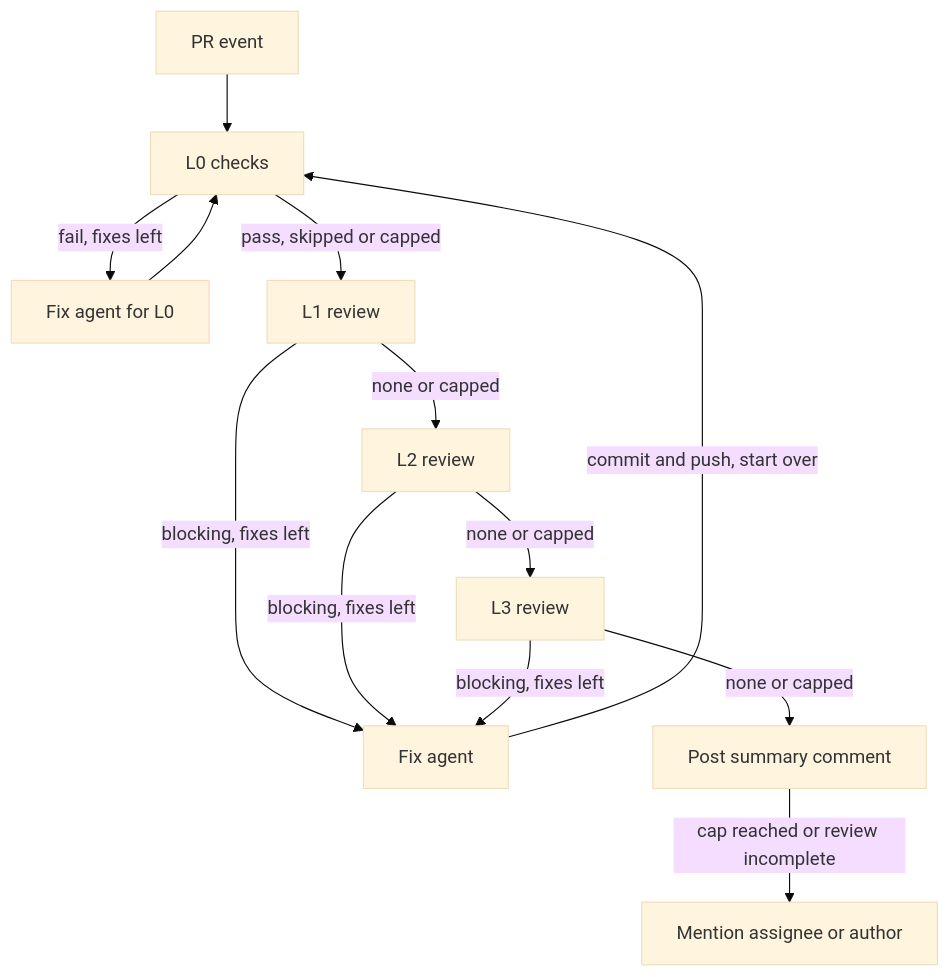
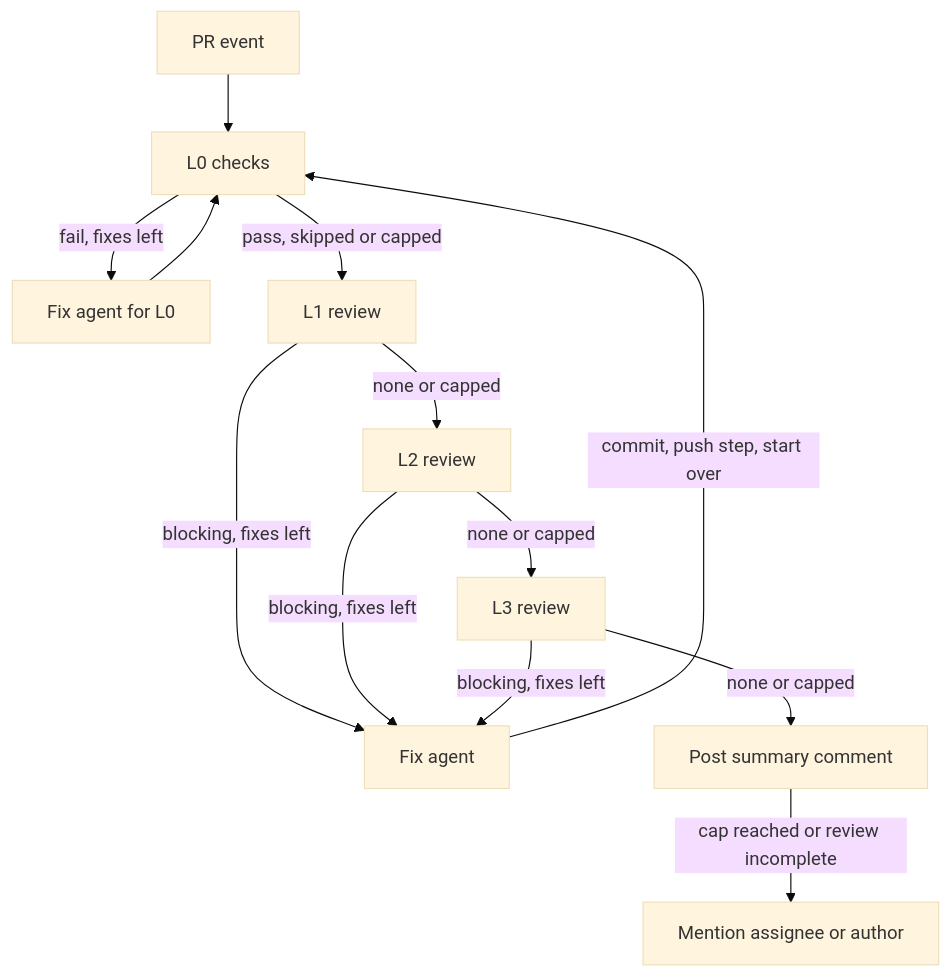
Before and after one commit to oneable-dev/.github: the diagram in README.md, drawn with Mermaid (base theme). The commit also changed other lines of this file and 16 other files, not shown here.

First line of the commit message:
Push fixes through a push-only Claude App step and add per-role tool hooks

````diff
--- a/README.md
+++ b/README.md
@@ -40,15 +43,15 @@
 ```mermaid
 flowchart TD
     A[PR event] --> L0[L0 checks]
     L0 -->|fail, fixes left| F0[Fix agent for L0]
     F0 --> L0
     L0 -->|pass, skipped or capped| L1[L1 review]
     L1 -->|blocking, fixes left| F1[Fix agent]
     L1 -->|none or capped| L2[L2 review]
     L2 -->|blocking, fixes left| F1
     L2 -->|none or capped| L3[L3 review]
     L3 -->|blocking, fixes left| F1
-    F1 -->|commit and push, start over| L0
+    F1 -->|commit, push step, start over| L0
     L3 -->|none or capped| R[Post summary comment]
     R -->|cap reached or review incomplete| M[Mention assignee or author]
 ```
````
